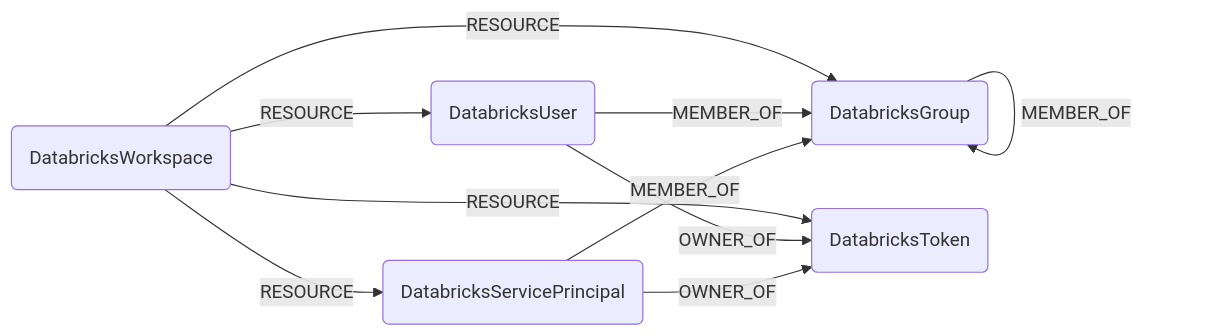
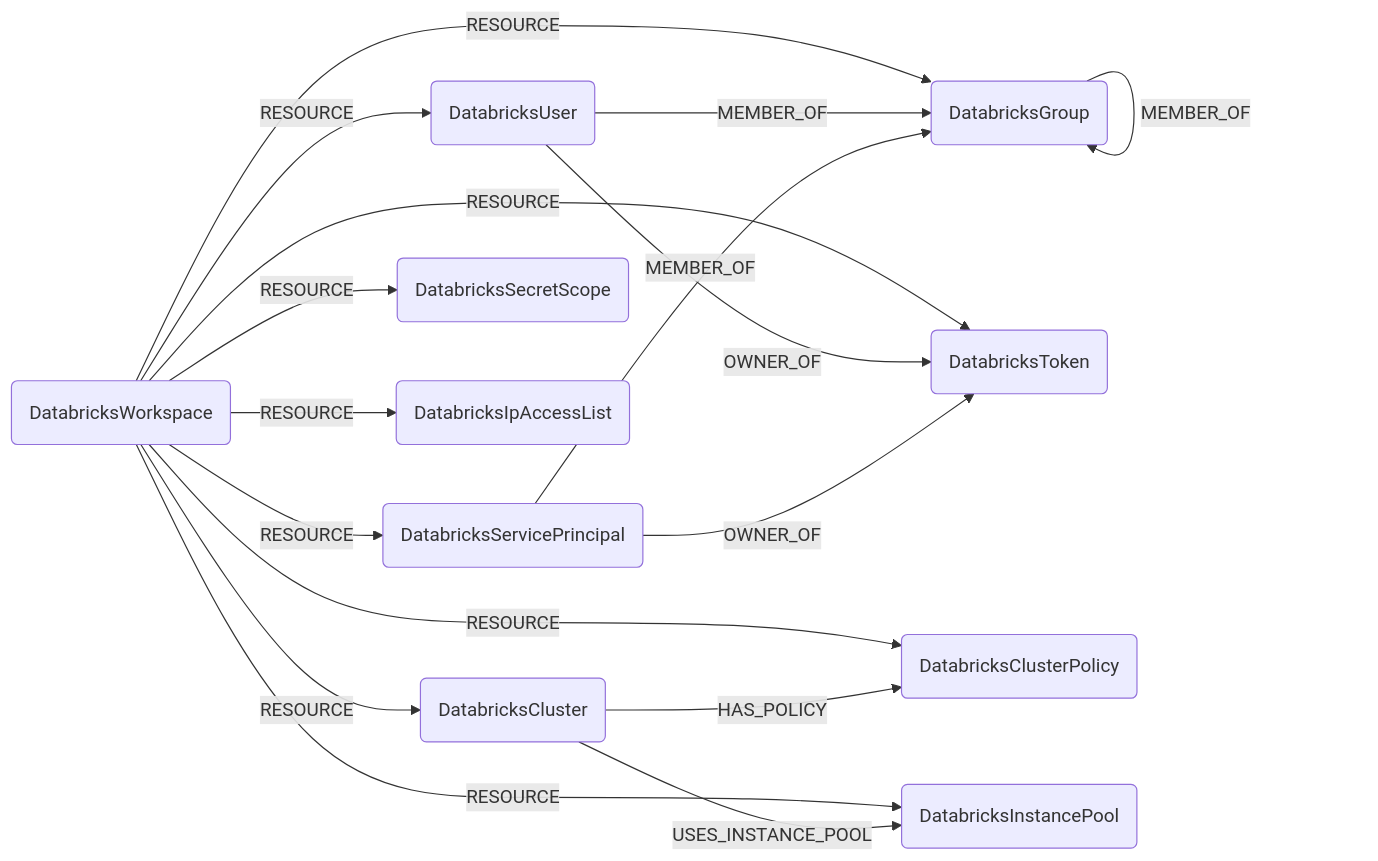
Before and after one commit to cartography-cncf/cartography: the diagram in docs/root/modules/databricks/schema.md, drawn with Mermaid. The commit also changed other lines of this file and 21 other files, not shown here.

First line of the commit message:
feat(databricks): add clusters, policies, instance pools, secret scopes, IP access lists (SUB-1580)

````diff
--- a/docs/root/modules/databricks/schema.md
+++ b/docs/root/modules/databricks/schema.md
@@ -3,12 +3,19 @@
 ```mermaid
 graph LR
 W(DatabricksWorkspace) -- RESOURCE --> U(DatabricksUser)
 W -- RESOURCE --> S(DatabricksServicePrincipal)
 W -- RESOURCE --> G(DatabricksGroup)
 W -- RESOURCE --> T(DatabricksToken)
+W -- RESOURCE --> CP(DatabricksClusterPolicy)
+W -- RESOURCE --> IP(DatabricksInstancePool)
+W -- RESOURCE --> C(DatabricksCluster)
+W -- RESOURCE --> SS(DatabricksSecretScope)
+W -- RESOURCE --> IPL(DatabricksIpAccessList)
 U -- MEMBER_OF --> G
 S -- MEMBER_OF --> G
 G -- MEMBER_OF --> G
 U -- OWNER_OF --> T
 S -- OWNER_OF --> T
+C -- HAS_POLICY --> CP
+C -- USES_INSTANCE_POOL --> IP
 ```
````
